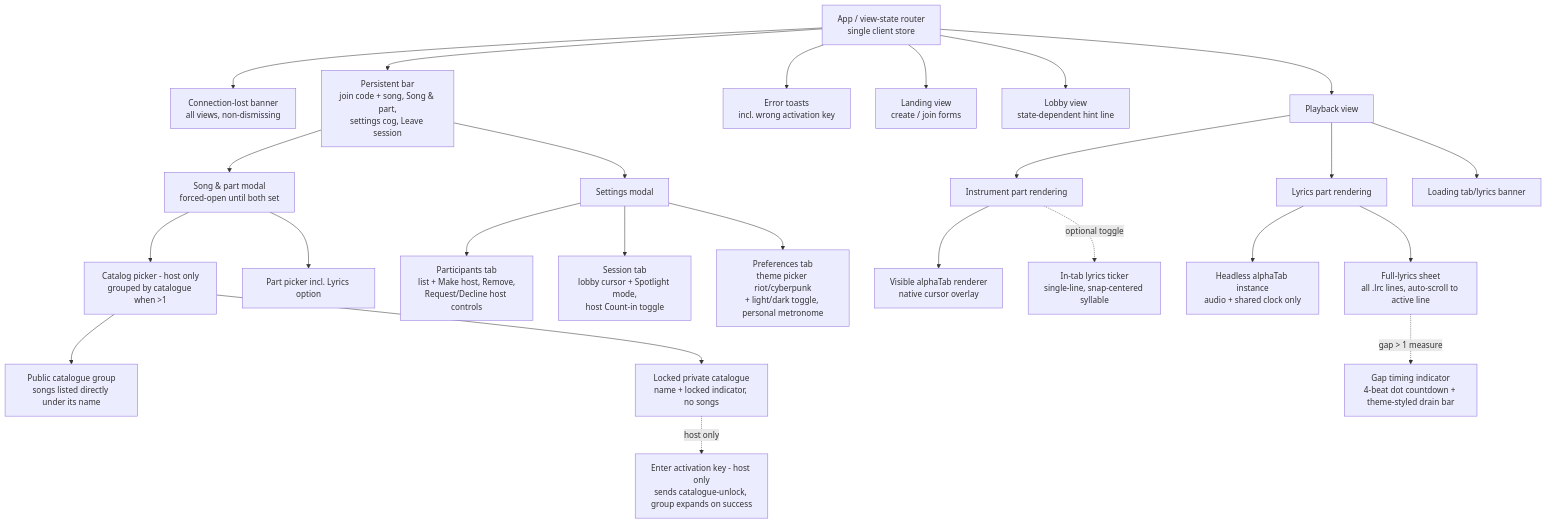
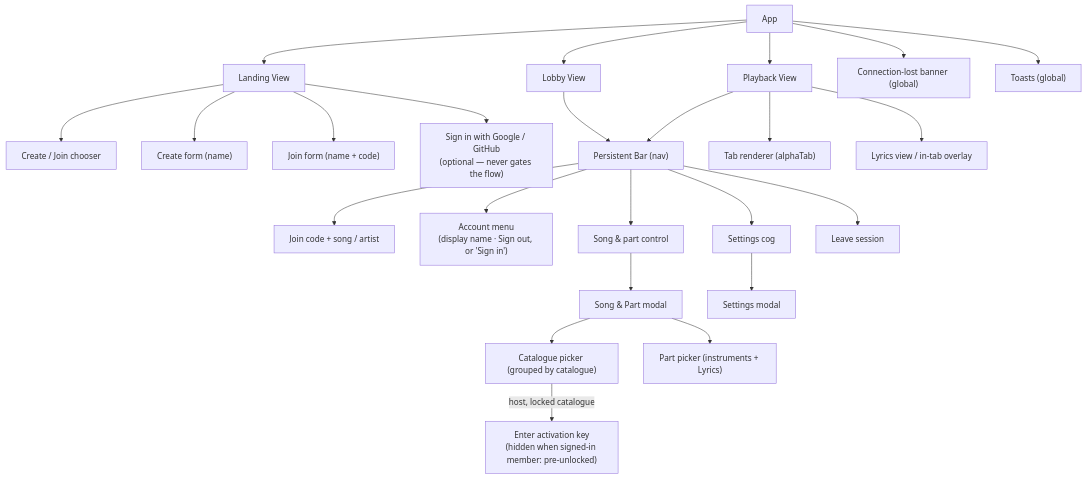
Before and after one commit to kinda-bad/sync-tab-scroll: the third of 3 diagrams in README.md, drawn with Mermaid. The commit also changed other lines of this file and 5 other files, not shown here.

First line of the commit message:
docs(artifacts): propagate accounts design into infrastructure + ui; render diagrams

````diff
--- a/README.md
+++ b/README.md
@@ -326,56 +343,30 @@
 ```mermaid
 graph TD
-    App[App / view-state router<br/>single client store]
-    Banner[Connection-lost banner<br/>all views, non-dismissing]
-    Bar[Persistent bar<br/>join code + song, Song & part,<br/>settings cog, Leave session]
-    Toasts[Error toasts<br/>incl. wrong activation key]
-    Landing[Landing view<br/>create / join forms]
-    Lobby[Lobby view<br/>state-dependent hint line]
-    Playback[Playback view]
+    App --> Landing["Landing View"]
+    App --> Lobby["Lobby View"]
+    App --> Playback["Playback View"]
+    App --> ConnBanner["Connection-lost banner (global)"]
+    App --> Toasts["Toasts (global)"]
 
-    SongPartModal[Song & part modal<br/>forced-open until both set]
-    CatalogPicker[Catalog picker - host only<br/>grouped by catalogue when >1]
-    PublicGroup[Public catalogue group<br/>songs listed directly under its name]
-    LockedGroup[Locked private catalogue<br/>name + locked indicator, no songs]
-    UnlockControl[Enter activation key - host only<br/>sends catalogue-unlock, group expands on success]
-    PartPicker[Part picker incl. Lyrics option]
+    Landing --> Chooser["Create / Join chooser"]
+    Landing --> CreateForm["Create form (name)"]
+    Landing --> JoinForm["Join form (name + code)"]
+    Landing --> SignIn["Sign in with Google / GitHub<br/>(optional — never gates the flow)"]
 
-    SettingsModal[Settings modal]
-    TabParticipants[Participants tab<br/>list + Make host, Remove,<br/>Request/Decline host controls]
-    TabSession[Session tab<br/>lobby cursor + Spotlight mode,<br/>host Count-in toggle]
-    TabPreferences[Preferences tab<br/>theme picker riot/cyberpunk<br/>+ light/dark toggle, personal metronome]
+    Lobby --> Bar["Persistent Bar (nav)"]
+    Playback --> Bar
+    Bar --> JoinCodeId["Join code + song / artist"]
+    Bar --> AccountMenu["Account menu<br/>(display name · Sign out, or 'Sign in')"]
+    Bar --> SongPartCtl["Song & part control"]
+    Bar --> SettingsCog["Settings cog"]
+    Bar --> Leave["Leave session"]
 
-    InstrumentView[Instrument part rendering]
-    AlphaTabVisible[Visible alphaTab renderer<br/>native cursor overlay]
-    Ticker[In-tab lyrics ticker<br/>single-line, snap-centered syllable]
-    LyricsView[Lyrics part rendering]
-    AlphaTabHeadless[Headless alphaTab instance<br/>audio + shared clock only]
-    FullLyrics[Full-lyrics sheet<br/>all .lrc lines, auto-scroll to active line]
-    GapIndicator[Gap timing indicator<br/>4-beat dot countdown + theme-styled drain bar]
-    LoadingBanner[Loading tab/lyrics banner]
+    SongPartCtl --> Modal["Song & Part modal"]
+    Modal --> CataloguePicker["Catalogue picker (grouped by catalogue)"]
+    CataloguePicker -->|"host, locked catalogue"| KeyCtl["Enter activation key<br/>(hidden when signed-in member: pre-unlocked)"]
+    Modal --> PartPicker["Part picker (instruments + Lyrics)"]
 
-    App --> Banner
-    App --> Bar
-    App --> Toasts
-    App --> Landing
-    App --> Lobby
-    App --> Playback
-    Bar --> SongPartModal
-    Bar --> SettingsModal
-    SongPartModal --> CatalogPicker
-    SongPartModal --> PartPicker
-    CatalogPicker --> PublicGroup
-    CatalogPicker --> LockedGroup
-    LockedGroup -.->|host only| UnlockControl
-    SettingsModal --> TabParticipants
-    SettingsModal --> TabSession
-    SettingsModal --> TabPreferences
-    Playback --> LoadingBanner
-    Playback --> InstrumentView
-    Playback --> LyricsView
-    InstrumentView --> AlphaTabVisible
-    InstrumentView -.->|optional toggle| Ticker
-    LyricsView --> AlphaTabHeadless
-    LyricsView --> FullLyrics
-    FullLyrics -.->|gap > 1 measure| GapIndicator
+    Playback --> TabRender["Tab renderer (alphaTab)"]
+    Playback --> LyricsOverlay["Lyrics view / in-tab overlay"]
+    SettingsCog --> SettingsModal["Settings modal"]
 ```
````
